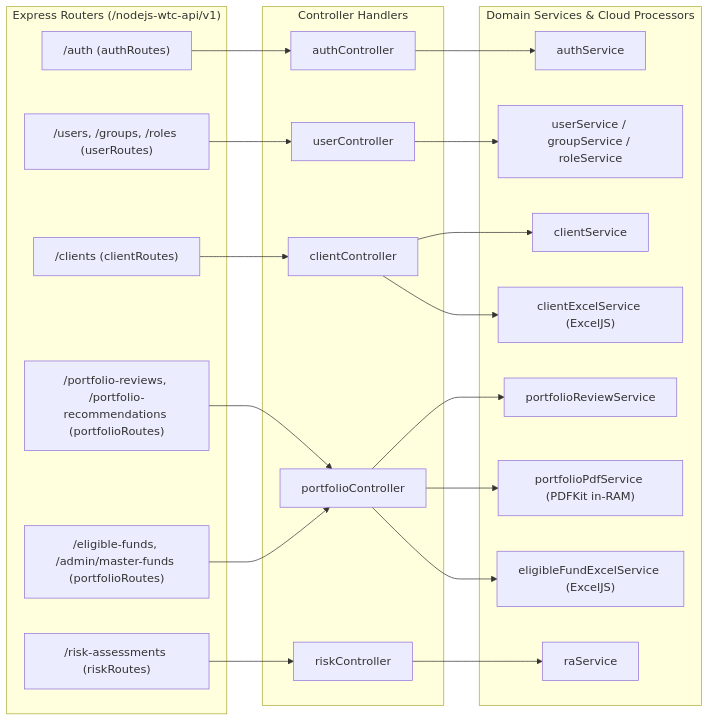
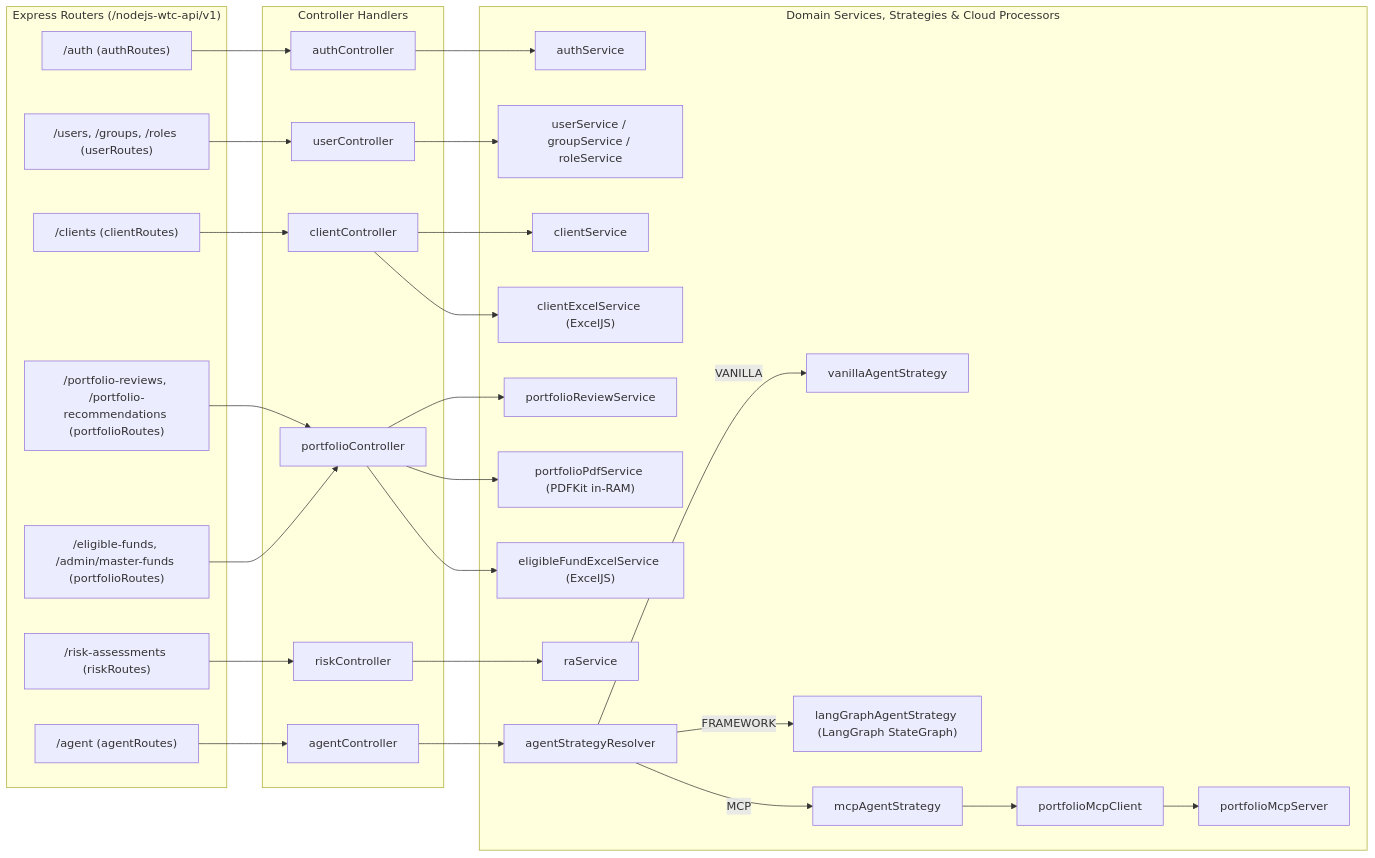
Before and after one commit to NatsuDrag9/wealth-tech-crm: diagram 22 of 43 in docs/Uml_Diagrams.md, drawn with Mermaid. The commit also changed other lines of this file and 1 other file, not shown here.

Commit message:
docs(nb-agent): update Node_Draft.md and Uml_Diagrams.md with autonomous advisory agent architecture, LangGraph state machine, and MCP client-server diagrams

````diff
--- a/docs/Uml_Diagrams.md
+++ b/docs/Uml_Diagrams.md
@@ -1341,37 +1341,50 @@
 ```mermaid
 flowchart LR
     subgraph Routes["Express Routers (/nodejs-wtc-api/v1)"]
         AR["/auth (authRoutes)"]
         UR["/users, /groups, /roles (userRoutes)"]
         CR["/clients (clientRoutes)"]
         PR["/portfolio-reviews, /portfolio-recommendations (portfolioRoutes)"]
         EF["/eligible-funds, /admin/master-funds (portfolioRoutes)"]
         RR["/risk-assessments (riskRoutes)"]
+        AGR["/agent (agentRoutes)"]
     end
 
     subgraph Controllers["Controller Handlers"]
         AC["authController"]
         UC["userController"]
         CC["clientController"]
         PC["portfolioController"]
         RC["riskController"]
+        AGC["agentController"]
     end
 
-    subgraph Services["Domain Services & Cloud Processors"]
+    subgraph Services["Domain Services, Strategies & Cloud Processors"]
         AS["authService"]
         US["userService / groupService / roleService"]
         CS["clientService"]
         CES["clientExcelService (ExcelJS)"]
         PRS["portfolioReviewService"]
         PDS["portfolioPdfService (PDFKit in-RAM)"]
         EFS["eligibleFundExcelService (ExcelJS)"]
         RAS["raService"]
+        ASR["agentStrategyResolver"]
+        VAS["vanillaAgentStrategy"]
+        LGS["langGraphAgentStrategy (LangGraph StateGraph)"]
+        MAS["mcpAgentStrategy"]
+        MCPC["portfolioMcpClient"]
+        MCPS["portfolioMcpServer"]
     end
 
     AR --> AC --> AS
     UR --> UC --> US
     CR --> CC --> CS & CES
     PR --> PC --> PRS & PDS
     EF --> PC --> EFS
     RR --> RC --> RAS
+    AGR --> AGC --> ASR
+    ASR -->|VANILLA| VAS
+    ASR -->|FRAMEWORK| LGS
+    ASR -->|MCP| MAS
+    MAS --> MCPC --> MCPS
 ```
````
